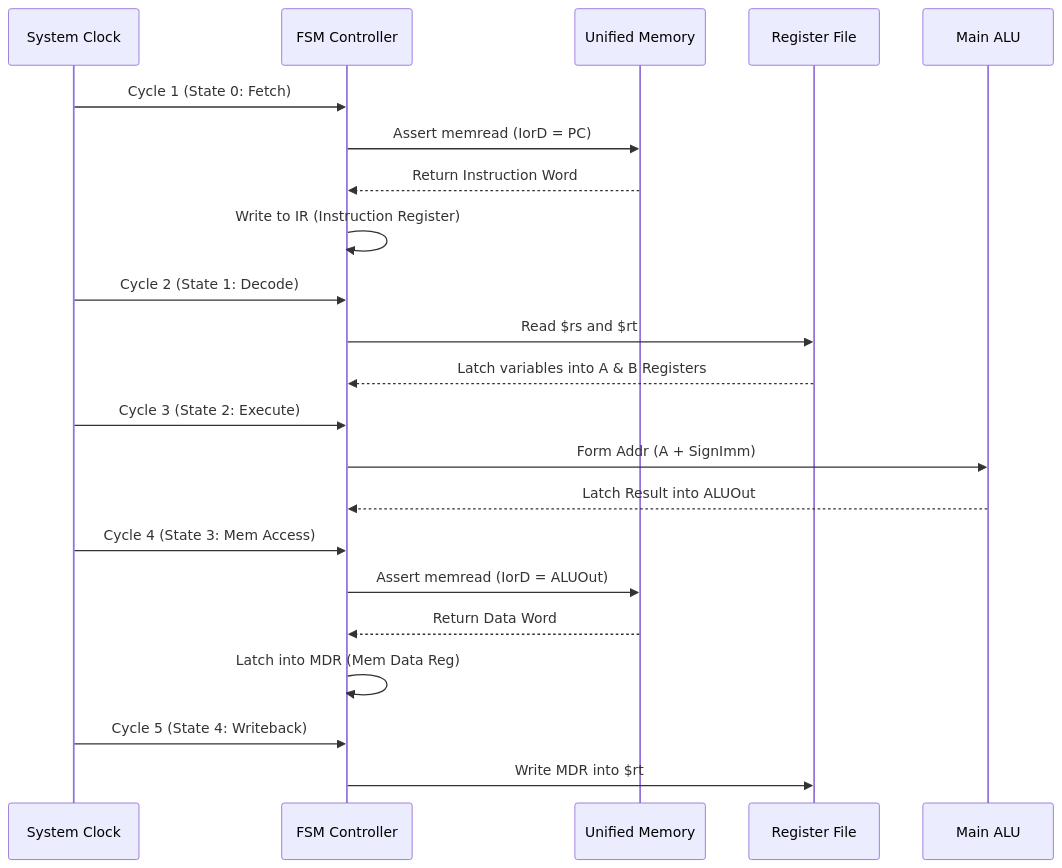
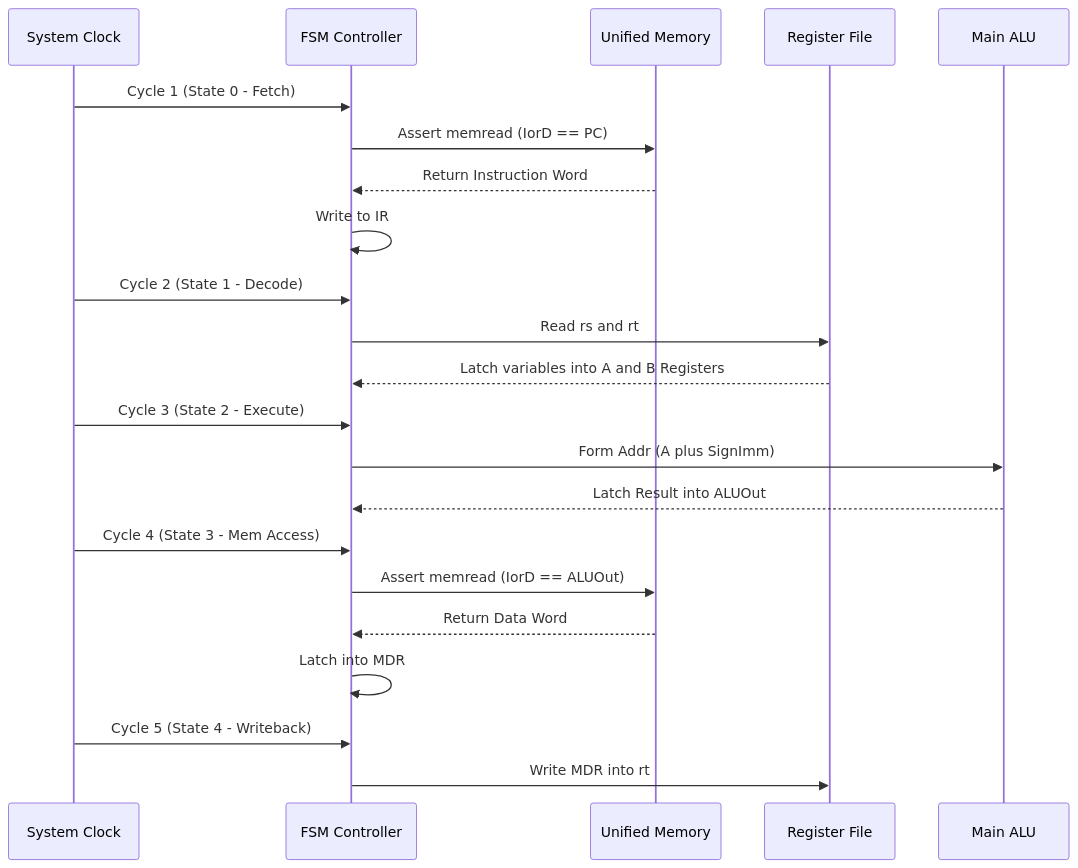
One commit to robmarano/robmarano.github.io changed the diagram in courses/ece251/2026/weeks/week_10/notes_week_10.md. Above: the diagram before and after it, drawn with Mermaid.

Commit message:
Fix mermaid sequence chart syntax error in Notes Week 10

````diff
--- a/courses/ece251/2026/weeks/week_10/notes_week_10.md
+++ b/courses/ece251/2026/weeks/week_10/notes_week_10.md
@@ -77,29 +77,29 @@
 ```mermaid
 sequenceDiagram
     participant Clock as System Clock
     participant Control as FSM Controller
     participant Mem as Unified Memory
     participant RF as Register File
     participant ALU as Main ALU
     
-    Clock->>Control: Cycle 1 (State 0: Fetch)
-    Control->>Mem: Assert memread (IorD = PC)
+    Clock->>Control: Cycle 1 (State 0 - Fetch)
+    Control->>Mem: Assert memread (IorD == PC)
     Mem-->>Control: Return Instruction Word
-    Control->>Control: Write to IR (Instruction Register)
+    Control->>Control: Write to IR
     
-    Clock->>Control: Cycle 2 (State 1: Decode)
-    Control->>RF: Read $rs and $rt
-    RF-->>Control: Latch variables into A & B Registers
+    Clock->>Control: Cycle 2 (State 1 - Decode)
+    Control->>RF: Read rs and rt
+    RF-->>Control: Latch variables into A and B Registers
     
-    Clock->>Control: Cycle 3 (State 2: Execute)
-    Control->>ALU: Form Addr (A + SignImm)
+    Clock->>Control: Cycle 3 (State 2 - Execute)
+    Control->>ALU: Form Addr (A plus SignImm)
     ALU-->>Control: Latch Result into ALUOut
     
-    Clock->>Control: Cycle 4 (State 3: Mem Access)
-    Control->>Mem: Assert memread (IorD = ALUOut)
+    Clock->>Control: Cycle 4 (State 3 - Mem Access)
+    Control->>Mem: Assert memread (IorD == ALUOut)
     Mem-->>Control: Return Data Word
-    Control->>Control: Latch into MDR (Mem Data Reg)
+    Control->>Control: Latch into MDR
     
-    Clock->>Control: Cycle 5 (State 4: Writeback)
-    Control->>RF: Write MDR into $rt
+    Clock->>Control: Cycle 5 (State 4 - Writeback)
+    Control->>RF: Write MDR into rt
 ```
````
